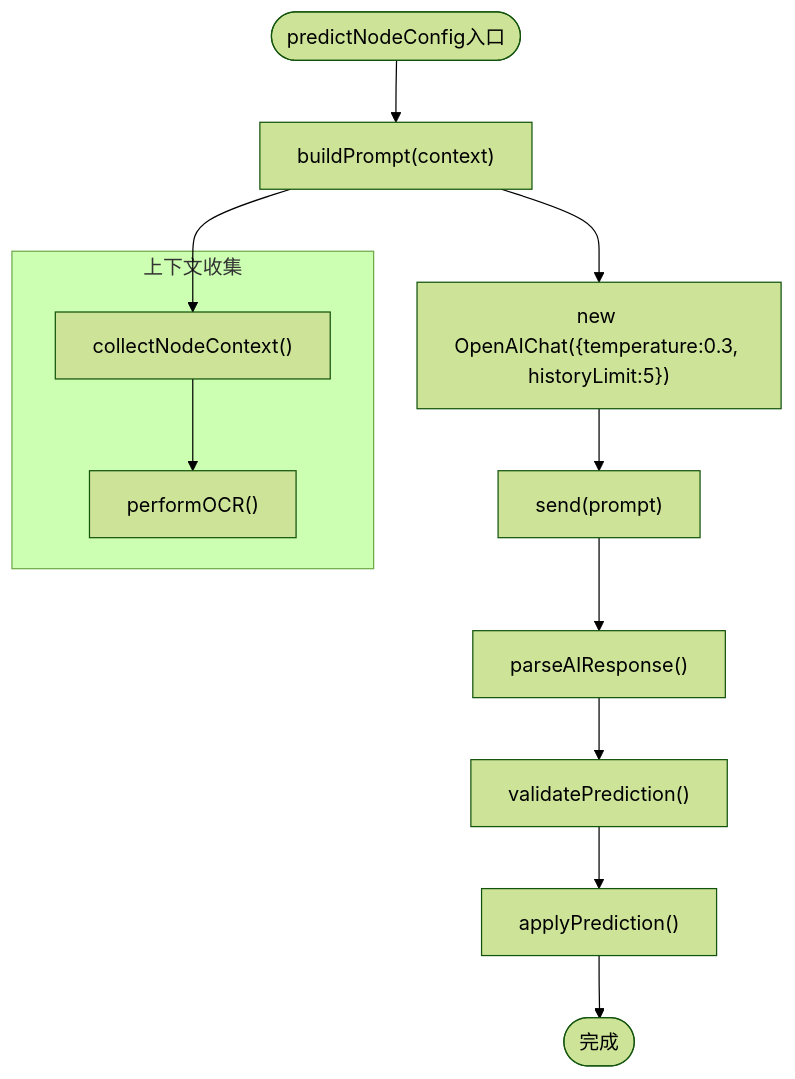
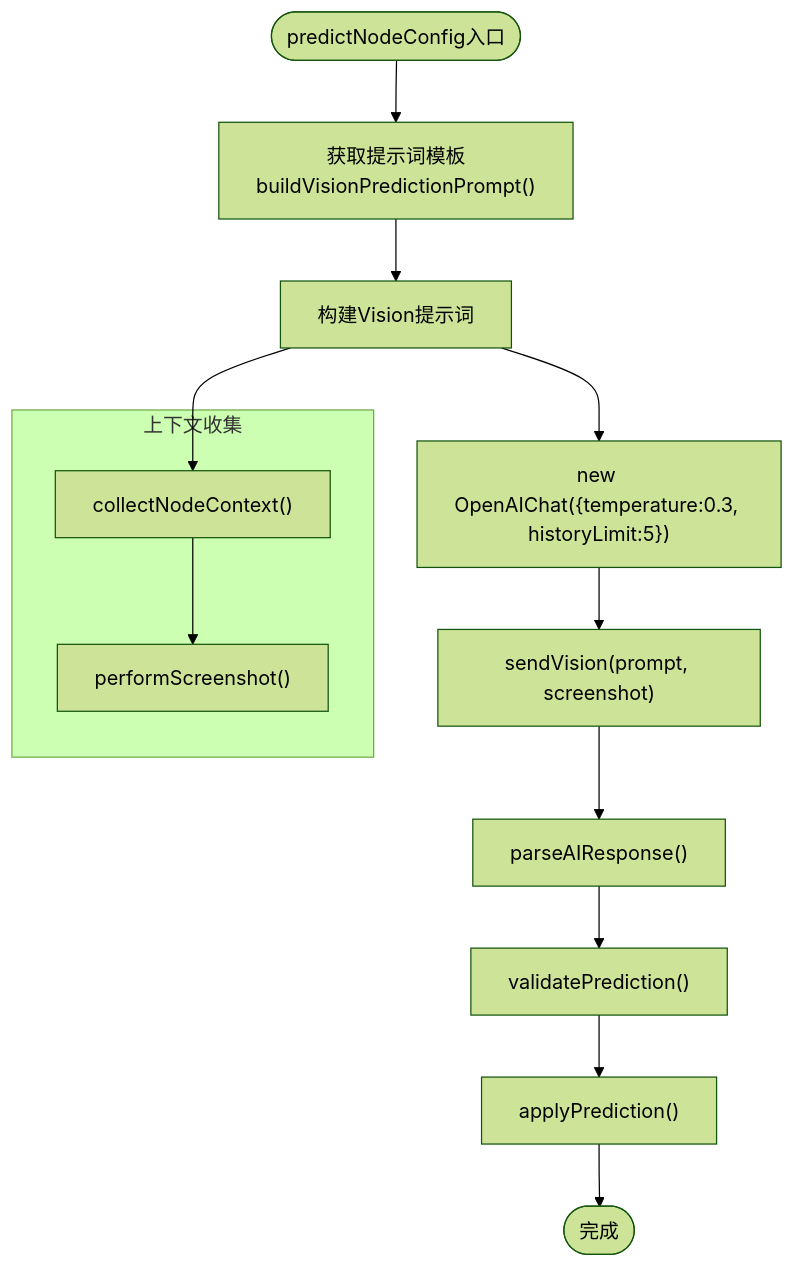
Before and after one commit to kqcoxn/MaaPipelineEditor: the fifth of 7 diagrams in .qoder/repowiki/zh/content/用户界面/面板系统/配置面板/AI配置区域.md, drawn with Mermaid (forest theme). The commit also changed other lines of this file and 19 other files, not shown here.

````diff
--- a/.qoder/repowiki/zh/content/用户界面/面板系统/配置面板/AI配置区域.md
+++ b/.qoder/repowiki/zh/content/用户界面/面板系统/配置面板/AI配置区域.md
@@ -227,16 +254,17 @@
 ```mermaid
 flowchart TD
-Enter(["predictNodeConfig入口"]) --> Build["buildPrompt(context)"]
+Enter(["predictNodeConfig入口"]) --> GetPrompt["获取提示词模板<br/>buildVisionPredictionPrompt()"]
+GetPrompt --> Build["构建Vision提示词"]
 Build --> Chat["new OpenAIChat({temperature:0.3, historyLimit:5})"]
-Chat --> Send["send(prompt)"]
+Chat --> Send["sendVision(prompt, screenshot)"]
 Send --> Parse["parseAIResponse()"]
 Parse --> Validate["validatePrediction()"]
 Validate --> Apply["applyPrediction()"]
 Apply --> Exit(["完成"])
 subgraph "上下文收集"
 Collect["collectNodeContext()"]
-OCR["performOCR()"]
+OCR["performScreenshot()"]
 Collect --> OCR
 end
 Build --> Collect
 ```
````
